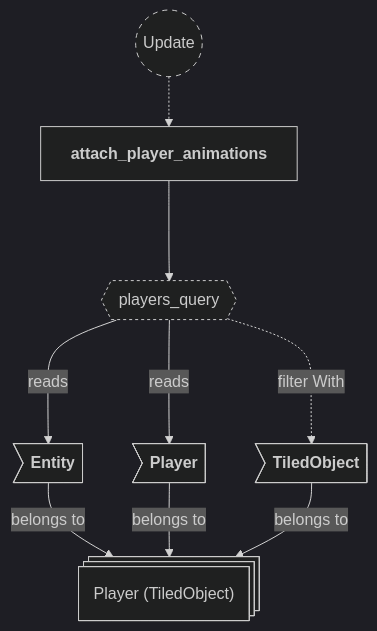
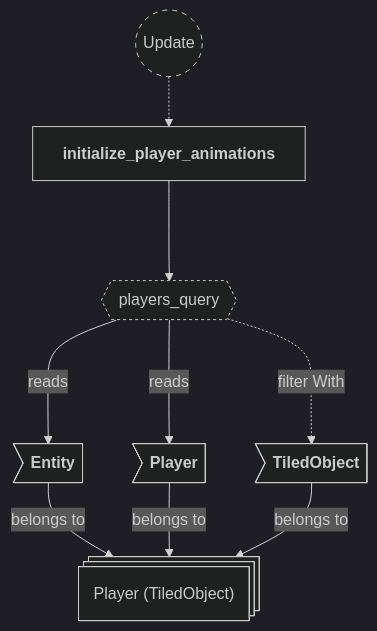
Before and after one commit to neurosoup/tyled: the third of 24 diagrams in backlog/docs/doc-5 - 004-Animations-plugin.md, drawn with Mermaid. The commit also changed other lines of this file and 4 other files, not shown here.

````diff
--- a/backlog/docs/doc-5 - 004-Animations-plugin.md
+++ b/backlog/docs/doc-5 - 004-Animations-plugin.md
@@ -157,28 +157,28 @@
 ```mermaid
 ---
 config:
   theme: dark
 ---
 
 flowchart TD
 classDef system-group stroke-dasharray: 5 5
 classDef query stroke-dasharray: 3 3
 
 update(("`Update`")):::system-group
-attach_player_animations["`**attach_player_animations**`"]
+initialize_player_animations["`**initialize_player_animations**`"]
 
-update -.-> attach_player_animations
+update -.-> initialize_player_animations
 
 players_query{{"`players_query`"}}:::query
-attach_player_animations ---> players_query
+initialize_player_animations ---> players_query
 
 player_entity@{ shape: st-rect, label: "Player (TiledObject)" }
 
 pe_entity>"`**Entity**`"] --> |belongs to| player_entity
 pe_player>"`**Player**`"] --> |belongs to| player_entity
 pe_tiled_object>"`**TiledObject**`"] --> |belongs to| player_entity
 
 players_query ---> |reads| pe_entity
 players_query ---> |reads| pe_player
 players_query -..-> |filter With| pe_tiled_object
 ```
````
